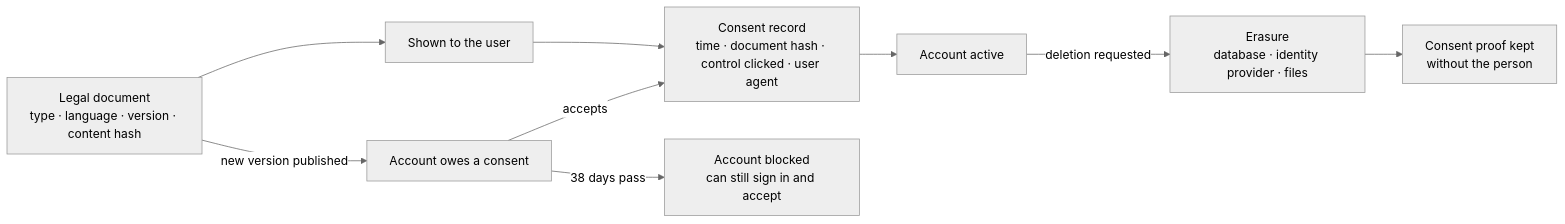
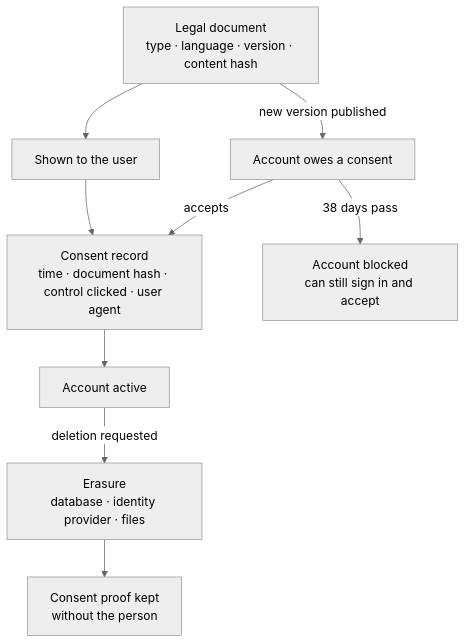
One commit to Check-It-Out-Dev/checkitout-backend changed the diagram in docs/guide/gdpr.md. Above: the diagram before and after it, drawn with Mermaid (neutral theme). The commit also changed 7 other files, not shown here.

First line of the commit message:
Diagrams are drawn top-down, so their labels are readable at GitHub's column width

````diff
--- a/docs/guide/gdpr.md
+++ b/docs/guide/gdpr.md
@@ -11,11 +11,11 @@
 ```mermaid
-flowchart LR
+flowchart TB
     DOC["Legal document<br/>type · language · version · content hash"] --> SHOW["Shown to the user"]
     SHOW --> REC["Consent record<br/>time · document hash · control clicked · user agent"]
     REC --> OK["Account active"]
     DOC -->|"new version published"| OWE["Account owes a consent"]
     OWE -->|"accepts"| REC
     OWE -->|"38 days pass"| BLOCK["Account blocked<br/>can still sign in and accept"]
     OK -->|"deletion requested"| DEL["Erasure<br/>database · identity provider · files"]
     DEL --> PROOF["Consent proof kept<br/>without the person"]
 ```
````
